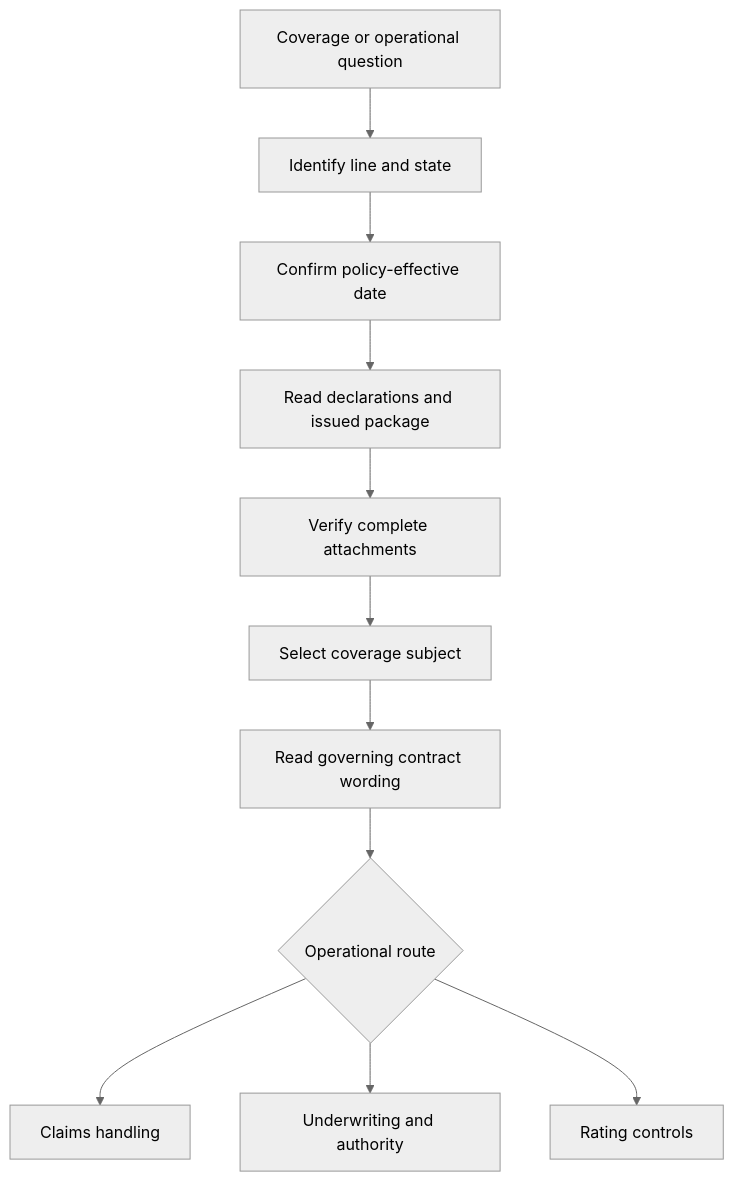
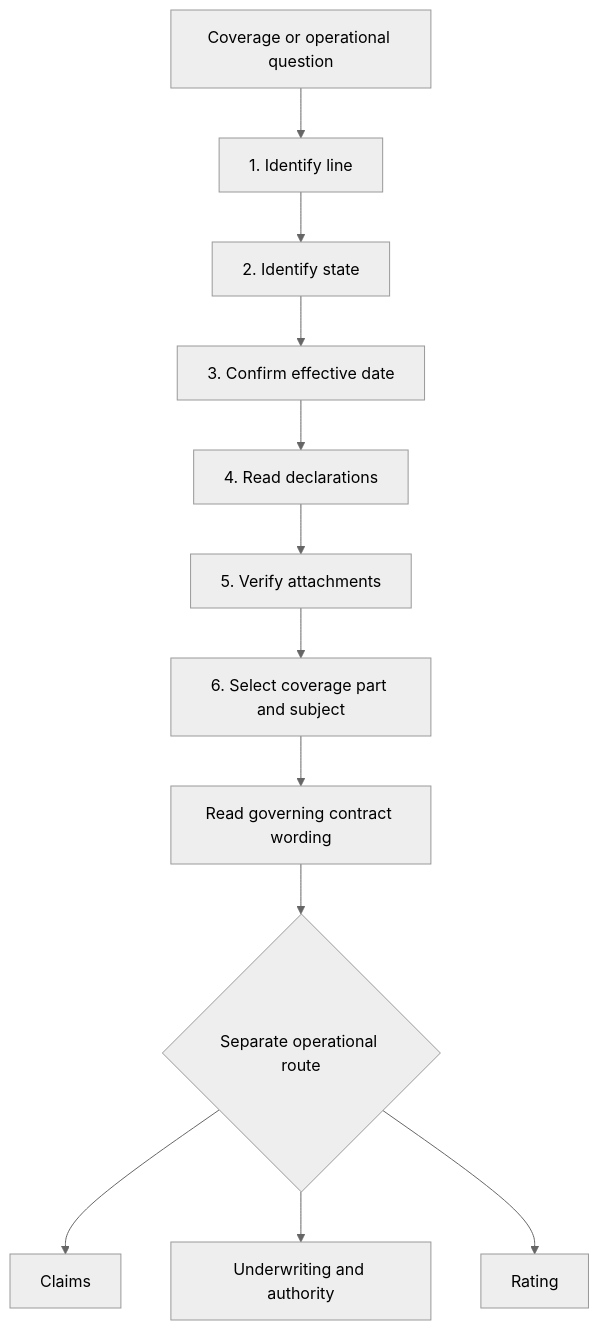
The diagram in openwiki/quickstart.md (langchain-samples/openwiki-insurance-corpus), drawn with Mermaid (neutral theme) before and after one commit. The commit also changed other lines of this file and 71 other files, not shown here.

````diff
--- a/openwiki/quickstart.md
+++ b/openwiki/quickstart.md
@@ -78,13 +81,14 @@
 ```mermaid
 flowchart TD
-    question["Coverage or operational question"] --> line["Identify line and state"]
-    line --> date["Confirm policy-effective date"]
-    date --> package["Read declarations and issued package"]
-    package --> attach["Verify complete attachments"]
-    attach --> subject["Select coverage subject"]
+    question["Coverage or operational question"] --> line["1. Identify line"]
+    line --> state["2. Identify state"]
+    state --> date["3. Confirm effective date"]
+    date --> declarations["4. Read declarations"]
+    declarations --> attachments["5. Verify attachments"]
+    attachments --> subject["6. Select coverage part and subject"]
     subject --> contract["Read governing contract wording"]
-    contract --> branch{"Operational route"}
-    branch --> claims["Claims handling"]
-    branch --> underwriting["Underwriting and authority"]
-    branch --> rating["Rating controls"]
+    contract --> branch{"Separate operational route"}
+    branch --> claimroute["Claims"]
+    branch --> uwroute["Underwriting and authority"]
+    branch --> ratingroute["Rating"]
 ```
````
